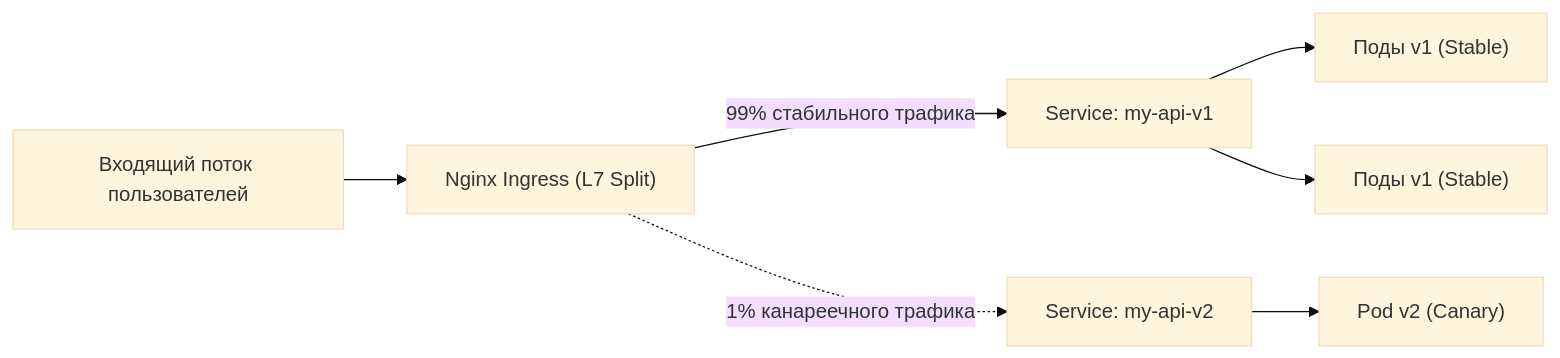
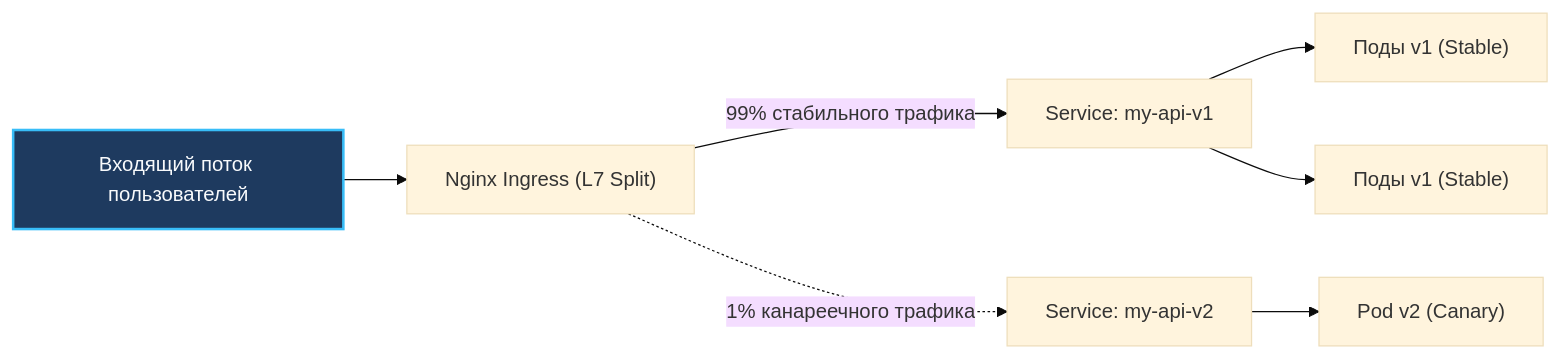
The third of 3 diagrams in sources/19. Инфраструктура. Linux, nginx, Docker, Kubernetes/05. Практика/3. Canary и blue green deploy.md (UnrealTemplier/go-textbook), drawn with Mermaid (base theme) before and after one commit. The commit also changed other lines of this file and 1666 other files, not shown here.

First line of the commit message:
feat(mermaid): add semantic color classDef to 1369 colorless flowchart/graph diagrams

````diff
--- a/sources/19. Инфраструктура. Linux, nginx, Docker, Kubernetes/05. Практика/3. Canary и blue green deploy.md
+++ b/sources/19. Инфраструктура. Linux, nginx, Docker, Kubernetes/05. Практика/3. Canary и blue green deploy.md
@@ -100,11 +120,21 @@
 ```mermaid
 flowchart LR
-    Client["Входящий поток пользователей"] --> Ingress["Nginx Ingress (L7 Split)"]
+    classDef process  fill:#1e293b,stroke:#38bdf8,stroke-width:1px,color:#f8fafc
+    classDef success  fill:#064e3b,stroke:#34d399,stroke-width:1px,color:#f8fafc
+    classDef error    fill:#7f1d1d,stroke:#f87171,stroke-width:1px,color:#f8fafc
+    classDef warning  fill:#78350f,stroke:#fbbf24,stroke-width:1px,color:#f8fafc
+    classDef entry    fill:#1e3a5f,stroke:#38bdf8,stroke-width:2px,color:#f8fafc
+    classDef aux      fill:#334155,stroke:#64748b,stroke-width:1px,color:#f8fafc
+    classDef system   fill:#312e81,stroke:#a78bfa,stroke-width:1px,color:#f8fafc
+    classDef data     fill:#132d29,stroke:#2dd4bf,stroke-width:1px,color:#f8fafc
+    classDef network  fill:#881337,stroke:#fb7185,stroke-width:1px,color:#f8fafc
+    classDef accent   fill:#1e1b4b,stroke:#818cf8,stroke-width:1px,color:#f8fafc
+    Client["Входящий поток пользователей"]:::entry --> Ingress["Nginx Ingress (L7 Split)"]
     
     Ingress -->|"99% стабильного трафика"| SvcStable["Service: my-api-v1"]
     Ingress -.->|"1% канареечного трафика"| SvcCanary["Service: my-api-v2"]
     
     SvcStable --> P1["Поды v1 (Stable)"]
     SvcStable --> P2["Поды v1 (Stable)"]
     SvcCanary --> PC["Pod v2 (Canary)"]
 ```
````
